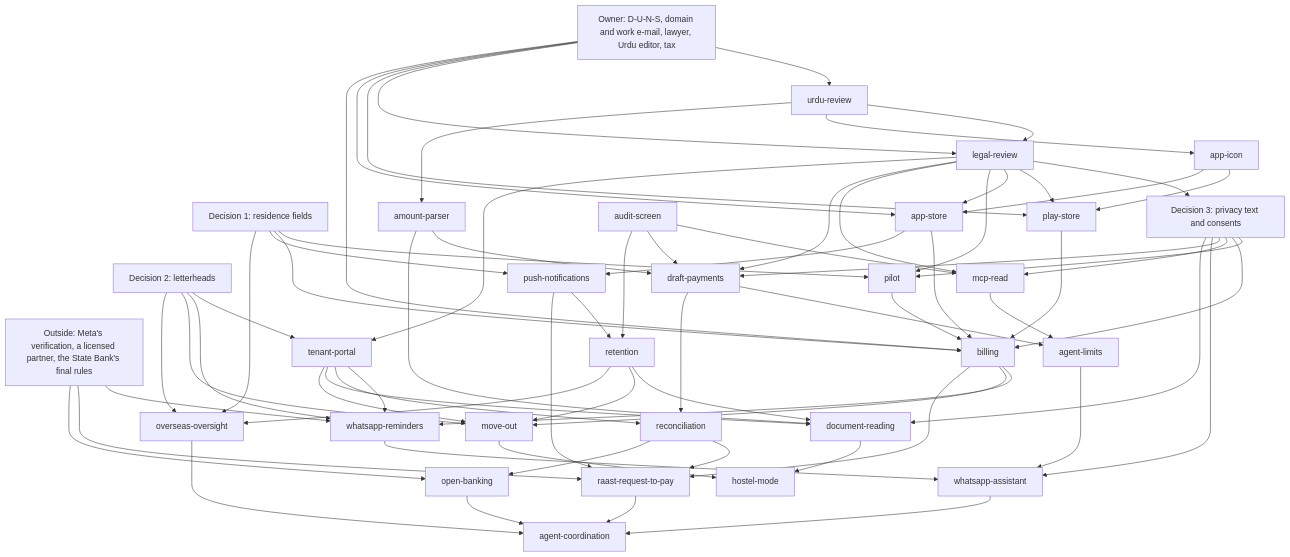
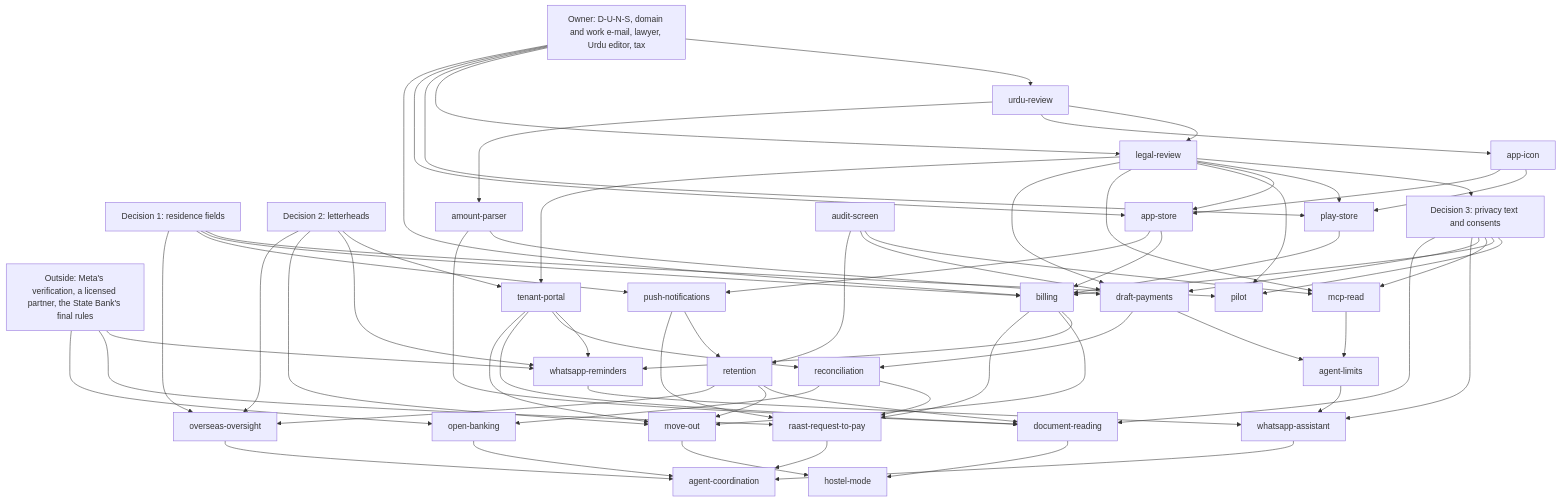
Before and after one commit to ar27111994/maalik-e-makaan: the diagram in docs/roadmap/README.md, drawn with Mermaid. The commit also changed other lines of this file and 25 other files, not shown here.

````diff
--- a/docs/roadmap/README.md
+++ b/docs/roadmap/README.md
@@ -283,61 +292,60 @@
 ```mermaid
 flowchart TD
   OWN["Owner: D-U-N-S, domain and work e-mail, lawyer, Urdu editor, tax"]
   EXT["Outside: Meta's verification, a licensed partner, the State Bank's final rules"]
   D1["Decision 1: residence fields"]
   D2["Decision 2: letterheads"]
   D3["Decision 3: privacy text and consents"]
   urdu[urdu-review]
   legal[legal-review]
   icon[app-icon]
   play[play-store]
   apple[app-store]
   pilot[pilot]
   billing[billing]
   audit[audit-screen]
   parser[amount-parser]
   drafts[draft-payments]
   mcp[mcp-read]
   push[push-notifications]
   portal[tenant-portal]
   limits[agent-limits]
   remind[whatsapp-reminders]
   wa[whatsapp-assistant]
   recon[reconciliation]
   docread[document-reading]
   ret[retention]
   moveout[move-out]
   hostel[hostel-mode]
   over[overseas-oversight]
   r2p[raast-request-to-pay]
   ob[open-banking]
   coord[agent-coordination]
   OWN --> urdu & legal & play & apple & billing
   EXT --> remind & r2p & ob
   urdu --> legal & icon & parser
   legal --> D3 & play & apple & pilot & mcp & drafts & portal
   icon --> play & apple
   D1 --> pilot & billing & push & over
   D2 --> portal & remind & moveout & over
   D3 --> pilot & billing & mcp & drafts & wa & docread
   play --> billing
   apple --> billing & push
-  pilot --> billing
   audit --> mcp & drafts & ret
   parser --> drafts & docread
   mcp --> limits
   drafts --> limits & recon
   billing --> remind & moveout & r2p
   portal --> remind & recon & docread & moveout
   push --> ret & r2p
   ret --> docread & moveout & over
   remind --> wa
   limits --> wa
   docread --> hostel
   moveout --> hostel
   recon --> r2p & ob
   wa --> coord
   over --> coord
   r2p --> coord
   ob --> coord
 ```
````
